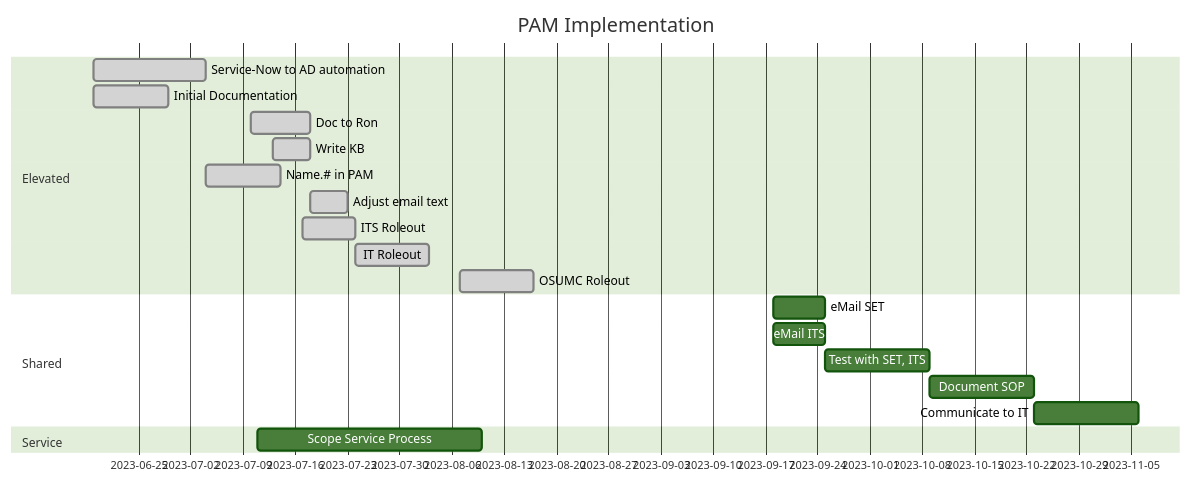
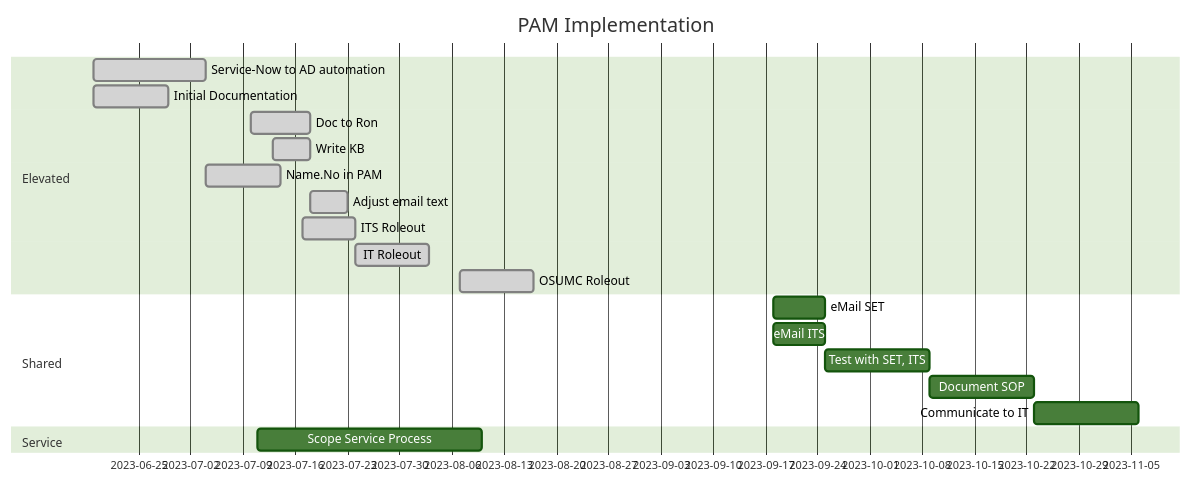
One commit to stahler/MermaidDiagrams changed the diagram in PAM.md. Above: the diagram before and after it, drawn with Mermaid (forest theme). The commit also changed 3 other files, not shown here.

````diff
--- a/PAM.md
+++ b/PAM.md
@@ -1,30 +1,30 @@
 ```mermaid
 
 gantt
     title PAM Implementation
     dateFormat  YYYY-MM-DD
     tickinterval 1week
     todayMarker on
 
     section Elevated
     Service-Now to AD automation    :done, a1, 2023-06-19, 15d
     Initial Documentation           :done, 2023-06-19,10d
     Doc to Ron                      :done, 2023-07-10, 8d
     Write KB                        :done, 2023-07-13, 5d
-    Name.#35; in PAM                :done, a2, after a1, 10d
+    Name.No in PAM                :done, a2, after a1, 10d
     Adjust email text               :done, 2023-07-18,5d
     ITS Roleout                     :done, a3, 2023-07-17, 1w
     IT Roleout                      :done, a4, after a3, 10d
     OSUMC Roleout                   :done, 2023-08-07, 10d
 
     section Shared
     eMail SET                       :s1, 2023-09-18, 1w
     eMail ITS                       :s2, 2023-09-18, 1w
     Test with SET, ITS              :s3, after s1 s2, 2w
     Document SOP                    :s4, after s3, 2w
     Communicate to IT               :s5, after s4, 2w
     
 
     section Service
     Scope Service Process           :2023-07-11, 30d
 ```
````
